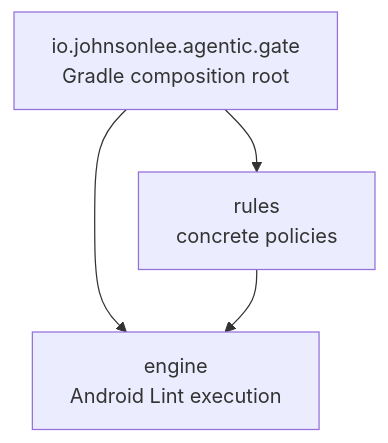
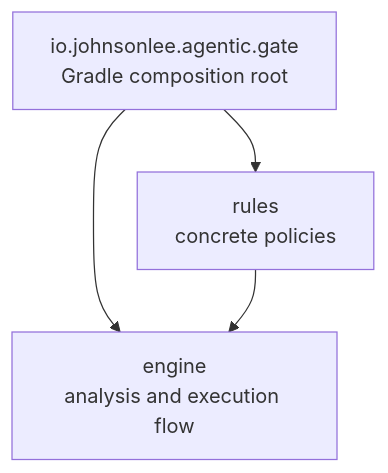
Before and after one commit to johnsonlee/agentic-gate: the third of 3 diagrams in README.md, drawn with Mermaid. The commit also changed other lines of this file and 101 other files, not shown here.

````diff
--- a/README.md
+++ b/README.md
@@ -109,6 +111,6 @@
 ```mermaid
 flowchart TD
     GRADLE["io.johnsonlee.agentic.gate<br/>Gradle composition root"] --> RULES["rules<br/>concrete policies"]
-    GRADLE --> ENGINE["engine<br/>Android Lint execution"]
+    GRADLE --> ENGINE["engine<br/>analysis and execution flow"]
     RULES --> ENGINE
 ```
````
